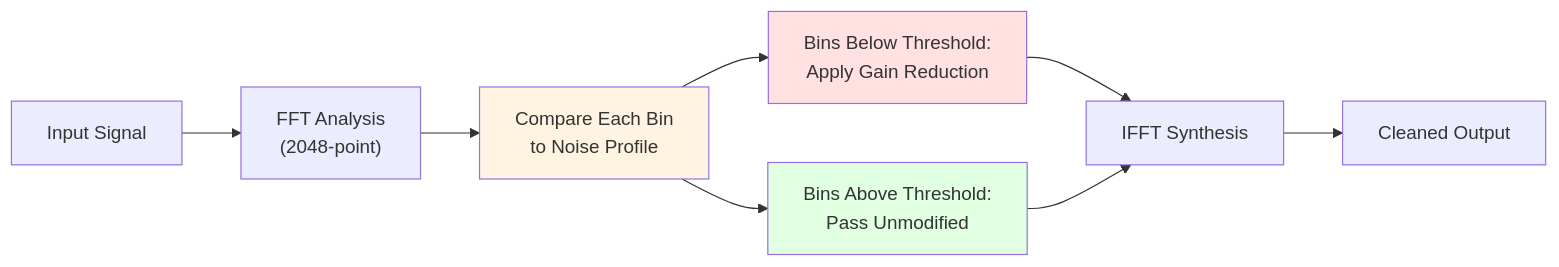
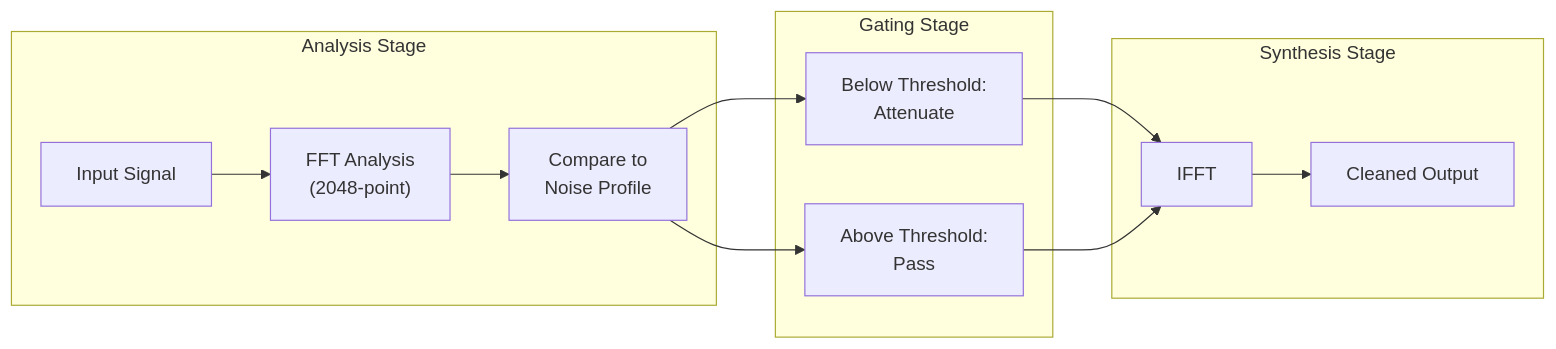
One commit to blebleblee/synapse changed the fifth of 7 diagrams in topics/arts/music_performance/vocals/labs.md. Above: the diagram before and after it, drawn with Mermaid. The commit also changed other lines of this file and 4 other files, not shown here.

````diff
--- a/topics/arts/music_performance/vocals/labs.md
+++ b/topics/arts/music_performance/vocals/labs.md
@@ -639,14 +751,26 @@
 ```mermaid
 graph LR
-    A["Input Signal"] --> B["FFT Analysis<br/>(2048-point)"]
-    B --> C["Compare Each Bin<br/>to Noise Profile"]
-    C --> D["Bins Below Threshold:<br/>Apply Gain Reduction"]
-    C --> E["Bins Above Threshold:<br/>Pass Unmodified"]
-    D --> F["IFFT Synthesis"]
+    subgraph sub_analysis ["Analysis Stage"]
+        A["Input Signal"]
+        B["FFT Analysis<br/>(2048-point)"]
+        C["Compare to<br/>Noise Profile"]
+    end
+    
+    subgraph sub_gating ["Gating Stage"]
+        D["Below Threshold:<br/>Attenuate"]
+        E["Above Threshold:<br/>Pass"]
+    end
+    
+    subgraph sub_synthesis ["Synthesis Stage"]
+        F["IFFT"]
+        G["Cleaned Output"]
+    end
+    
+    A --> B
+    B --> C
+    C --> D
+    C --> E
+    D --> F
     E --> F
-    F --> G["Cleaned Output"]
-    
-    style C fill:#fff4e1
-    style D fill:#ffe1e1
-    style E fill:#e1ffe1
+    F --> G
 ```
````
